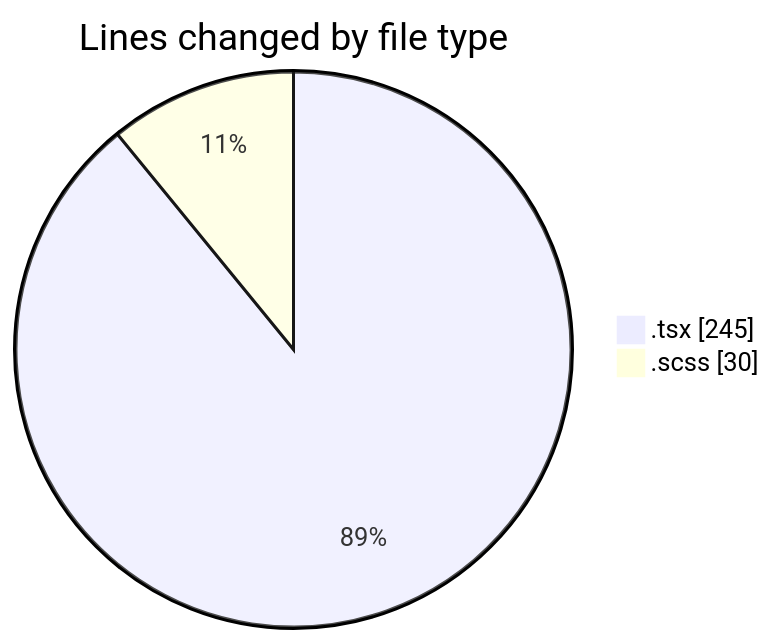
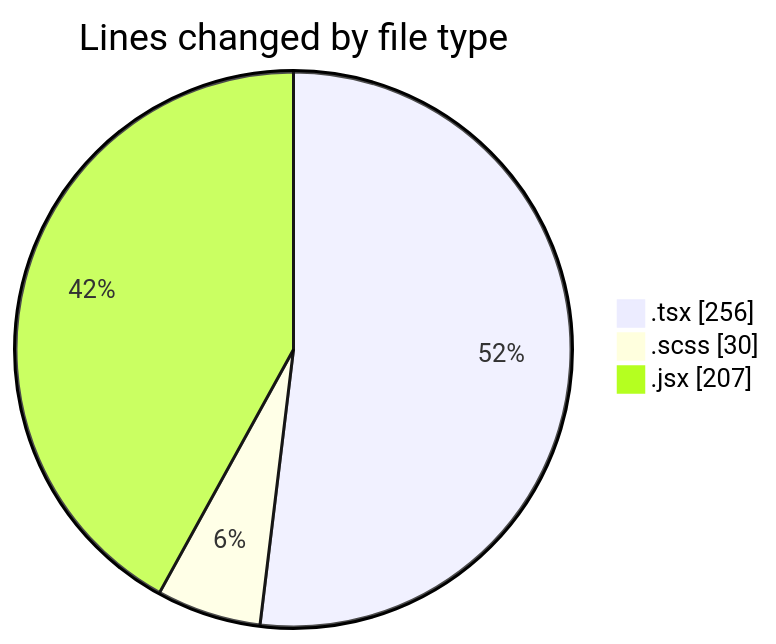
Before and after one commit to momahboobian/code-tracking: the first of 2 diagrams in 2026-07-23/cda/README.md, drawn with Mermaid. The commit also changed other lines of this file and 1 other file, not shown here.

````diff
--- a/2026-07-23/cda/README.md
+++ b/2026-07-23/cda/README.md
@@ -21,6 +22,7 @@
 ```mermaid
 pie showData
 title Lines changed by file type
-".tsx" : 245
+".tsx" : 256
 ".scss" : 30
+".jsx" : 207
 ```
````
